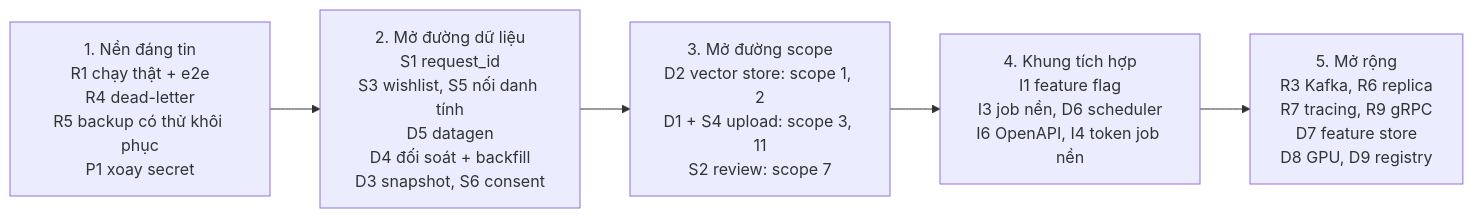
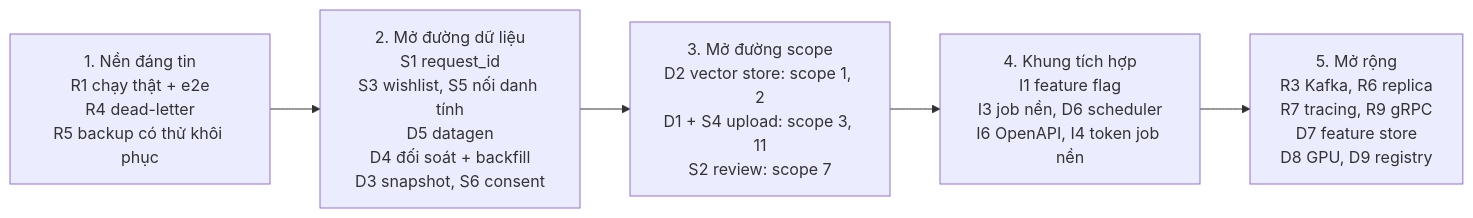
Before and after one commit to khoatran18/mini-marketplace: the second of 2 diagrams in docs/planning/03_INFRA_GAPS_FOR_LARGE_PROJECT.md, drawn with Mermaid. The commit also changed other lines of this file and 5 other files, not shown here.

````diff
--- a/docs/planning/03_INFRA_GAPS_FOR_LARGE_PROJECT.md
+++ b/docs/planning/03_INFRA_GAPS_FOR_LARGE_PROJECT.md
@@ -135,9 +134,9 @@
 ```mermaid
 flowchart LR
-  A["1. Nền đáng tin<br/>R1 chạy thật + e2e<br/>R4 dead-letter<br/>R5 backup có thử khôi phục<br/>P1 xoay secret"]
+  A["1. Nền đáng tin<br/>R1 chạy thật + e2e<br/>R4 dead-letter<br/>R5 backup có thử khôi phục"]
   B["2. Mở đường dữ liệu<br/>S1 request_id<br/>S3 wishlist, S5 nối danh tính<br/>D5 datagen<br/>D4 đối soát + backfill<br/>D3 snapshot, S6 consent"]
   C["3. Mở đường scope<br/>D2 vector store: scope 1, 2<br/>D1 + S4 upload: scope 3, 11<br/>S2 review: scope 7"]
   D["4. Khung tích hợp<br/>I1 feature flag<br/>I3 job nền, D6 scheduler<br/>I6 OpenAPI, I4 token job nền"]
   E["5. Mở rộng<br/>R3 Kafka, R6 replica<br/>R7 tracing, R9 gRPC<br/>D7 feature store<br/>D8 GPU, D9 registry"]
   A --> B --> C --> D --> E
 ```
````
